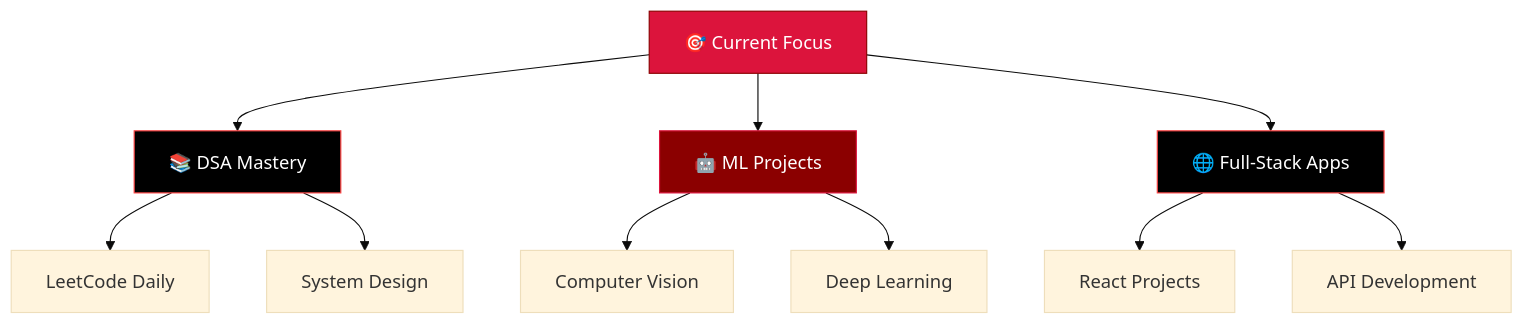
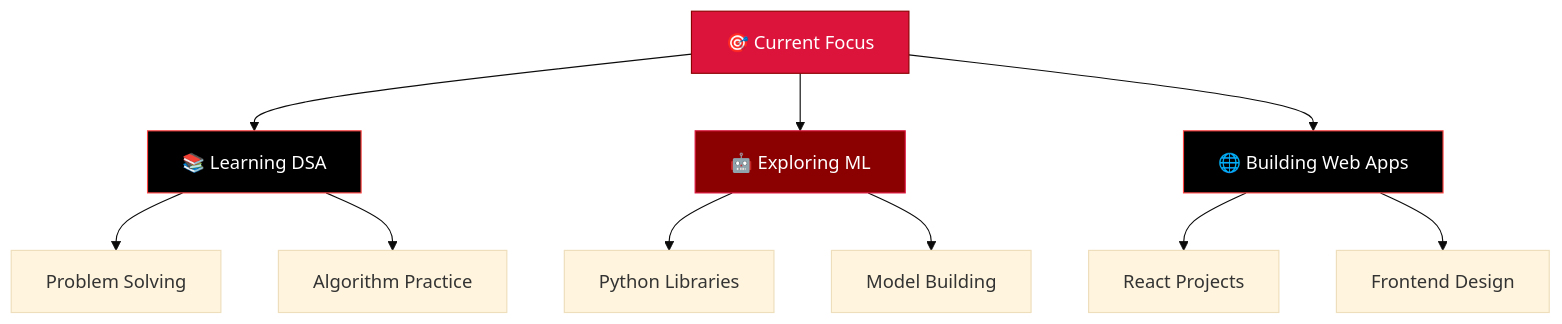
One commit to CODED-DIGNITY/CODED-DIGNITY changed the diagram in README.md. Above: the diagram before and after it, drawn with Mermaid (base theme). The commit also changed other lines of this file, not shown here.

````diff
--- a/README.md
+++ b/README.md
@@ -104,20 +96,20 @@
 ```mermaid
 graph TB
-    A[🎯 Current Focus] --> B[📚 DSA Mastery]
-    A --> C[🤖 ML Projects]
-    A --> D[🌐 Full-Stack Apps]
+    A[🎯 Current Focus] --> B[📚 Learning DSA]
+    A --> C[🤖 Exploring ML]
+    A --> D[🌐 Building Web Apps]
     
-    B --> E[LeetCode Daily]
-    B --> F[System Design]
+    B --> E[Problem Solving]
+    B --> F[Algorithm Practice]
     
-    C --> G[Computer Vision]
-    C --> H[Deep Learning]
+    C --> G[Python Libraries]
+    C --> H[Model Building]
     
     D --> I[React Projects]
-    D --> J[API Development]
+    D --> J[Frontend Design]
     
     style A fill:#DC143C,stroke:#8B0000,color:#fff
     style B fill:#000000,stroke:#FF4444,color:#fff
     style C fill:#8B0000,stroke:#DC143C,color:#fff
     style D fill:#000000,stroke:#FF4444,color:#fff
 ```
````
